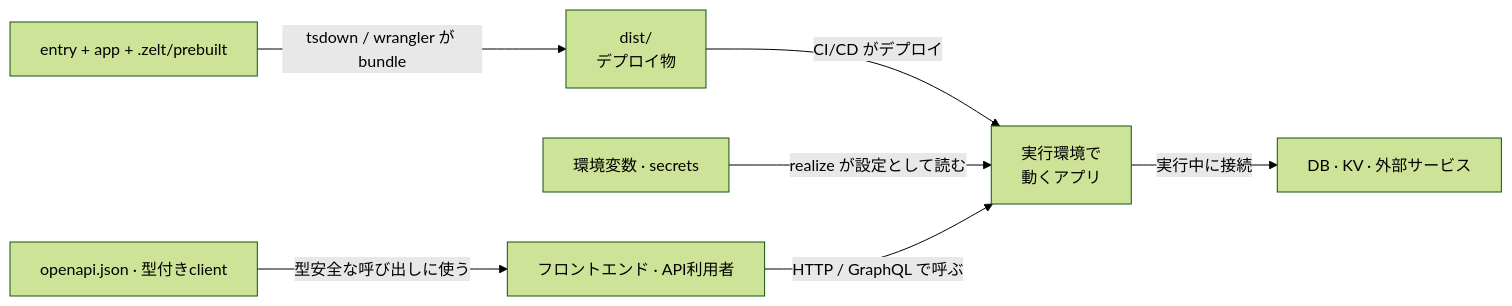
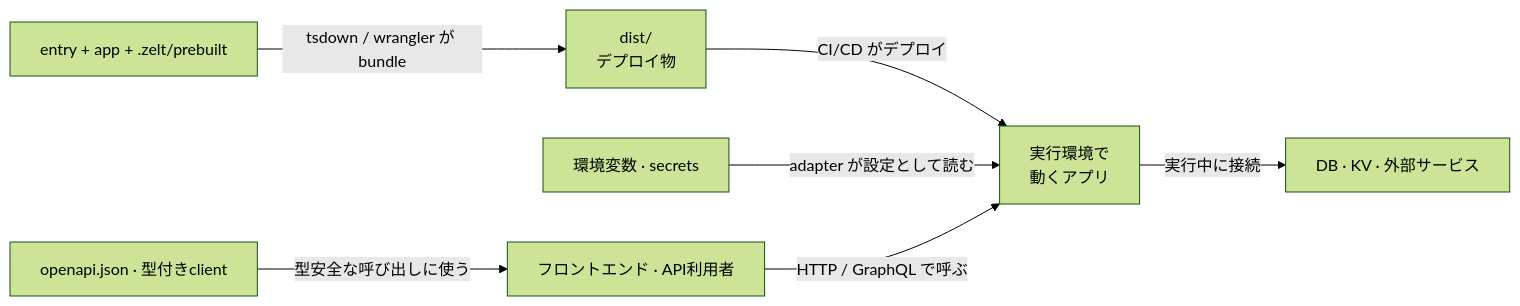
Before and after one commit to zeltjs/zelt: the second of 2 diagrams in website/i18n/ja/docusaurus-plugin-content-docs/current/big-picture.md, drawn with Mermaid (forest theme). The commit also changed other lines of this file and 9 other files, not shown here.

````diff
--- a/website/i18n/ja/docusaurus-plugin-content-docs/current/big-picture.md
+++ b/website/i18n/ja/docusaurus-plugin-content-docs/current/big-picture.md
@@ -138,9 +134,9 @@
 ```mermaid
 flowchart LR
   SRCSET["entry + app + .zelt/prebuilt"] -- "tsdown / wrangler が bundle" --> DIST["dist/<br/>デプロイ物"]
   DIST -- "CI/CD がデプロイ" --> LIVE["実行環境で<br/>動くアプリ"]
-  ENV["環境変数 · secrets"] -- "realize が設定として読む" --> LIVE
+  ENV["環境変数 · secrets"] -- "adapter が設定として読む" --> LIVE
   LIVE -- "実行中に接続" --> INFRA["DB · KV · 外部サービス"]
   USER["フロントエンド · API利用者"] -- "HTTP / GraphQL で呼ぶ" --> LIVE
   API["openapi.json · 型付きclient"] -- "型安全な呼び出しに使う" --> USER
 ```
````
